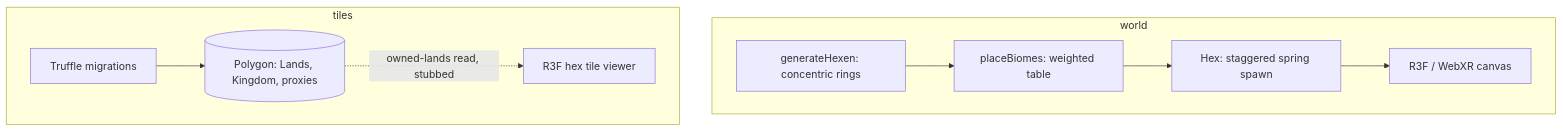
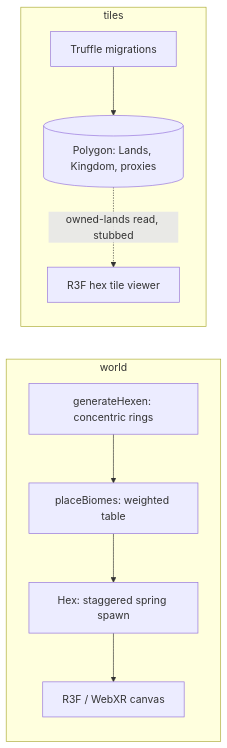
Before and after one commit to aenoriss/shattered-lands: the first of 2 diagrams in README.md, drawn with Mermaid.

Commit message:
Make architecture diagram horizontal (LR) to avoid excessive height

````diff
--- a/README.md
+++ b/README.md
@@ -22,11 +22,11 @@
 ```mermaid
-flowchart TD
+flowchart LR
   subgraph world
     R[generateHexen: concentric rings] --> B[placeBiomes: weighted table]
     B --> H[Hex: staggered spring spawn] --> X[R3F / WebXR canvas]
   end
   subgraph tiles
     M[Truffle migrations] --> POLY[(Polygon: Lands, Kingdom, proxies)]
     POLY -.->|owned-lands read, stubbed| V[R3F hex tile viewer]
   end
 ```
````
